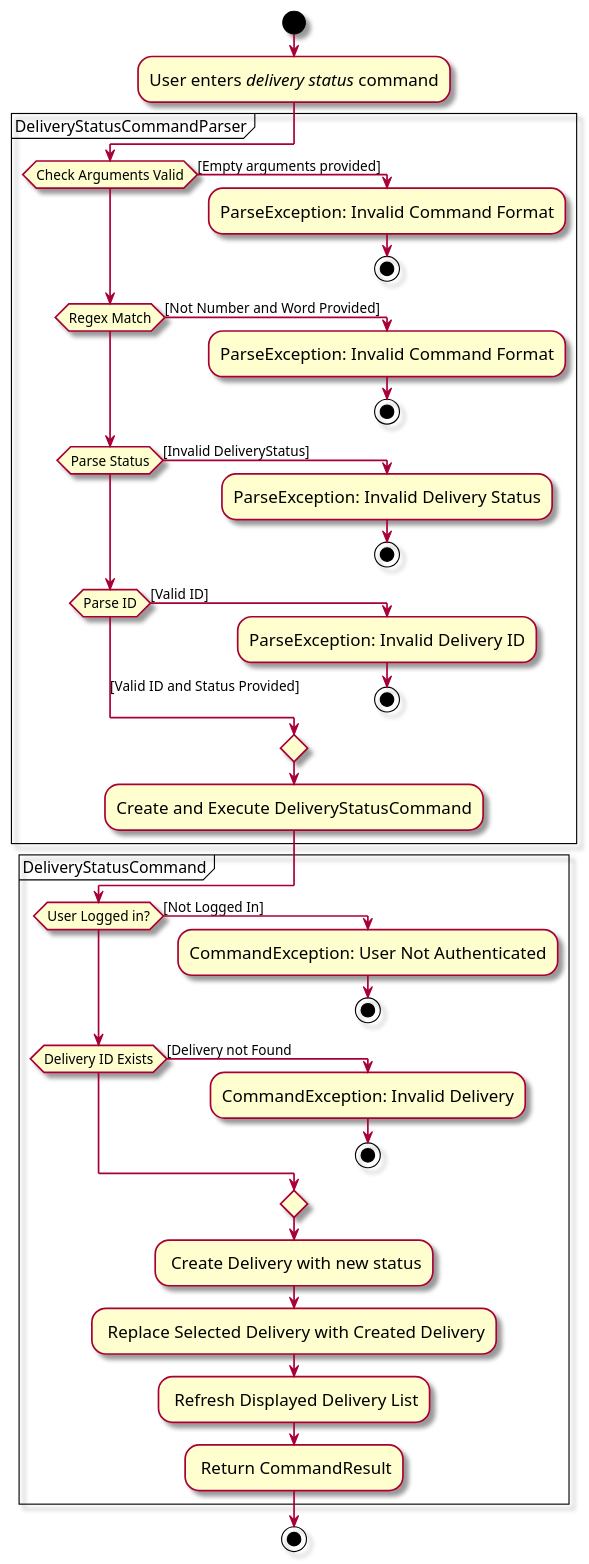
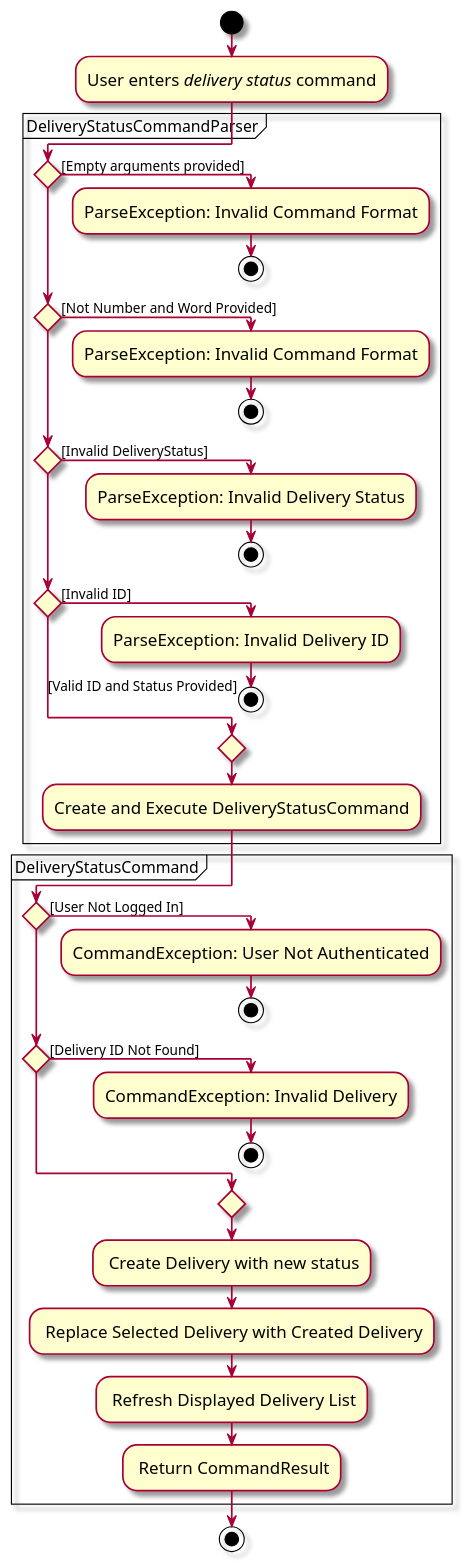
One commit to zhonghan721/tp changed the diagram in docs/diagrams/DeliveryStatusCommandActivityDiagram.puml. Above: the diagram before and after it, drawn with PlantUML.

Commit message:
Modify DeliveryStatusCommandActivityDiagram.puml to only include guard conditions
Inline with nus-cs2103-AY2324S1/forum#293, Alternate path conditions should
not be specified in the branch node, and only guard conditions should be used.
Hence, the activity diagram was modified to not use conditions in the branch
node.

```diff
--- a/docs/diagrams/DeliveryStatusCommandActivityDiagram.puml
+++ b/docs/diagrams/DeliveryStatusCommandActivityDiagram.puml
@@ -1,47 +1,47 @@
 @startuml
 skin rose
 skinparam ActivityFontSize 15
 skinparam ArrowFontSize 12
 
 !pragma useVerticalIf on
 start
 :User enters <i>delivery status</i> command;
 partition DeliveryStatusCommandParser {
-    if (Check Arguments Valid) then ([Empty arguments provided])
+    if () then ([Empty arguments provided])
         :ParseException: Invalid Command Format;
         stop
-    elseif (Regex Match) then ([Not Number and Word Provided])
+    elseif () then ([Not Number and Word Provided])
         :ParseException: Invalid Command Format;
         stop
-    elseif (Parse Status) then ([Invalid DeliveryStatus])
+    elseif () then ([Invalid DeliveryStatus])
         :ParseException: Invalid Delivery Status;
         stop
-    elseif (Parse ID) then ([Valid ID])
+    elseif () then ([Invalid ID])
         :ParseException: Invalid Delivery ID;
          stop
     else ([Valid ID and Status Provided])
     endif
     :Create and Execute DeliveryStatusCommand;
 }
 
 partition DeliveryStatusCommand {
-    if (User Logged in?) then ([Not Logged In])
+    if () then ([User Not Logged In])
         :CommandException: User Not Authenticated;
         stop
-    elseif (Delivery ID Exists) then ([Delivery not Found)
+    elseif () then ([Delivery ID Not Found])
         :CommandException: Invalid Delivery;
         stop
     else ()
     endif
     : Create Delivery with new status;
     : Replace Selected Delivery with Created Delivery;
     : Refresh Displayed Delivery List;
     : Return CommandResult;
 }
 
 
 
 
 stop
 
 @enduml
```
